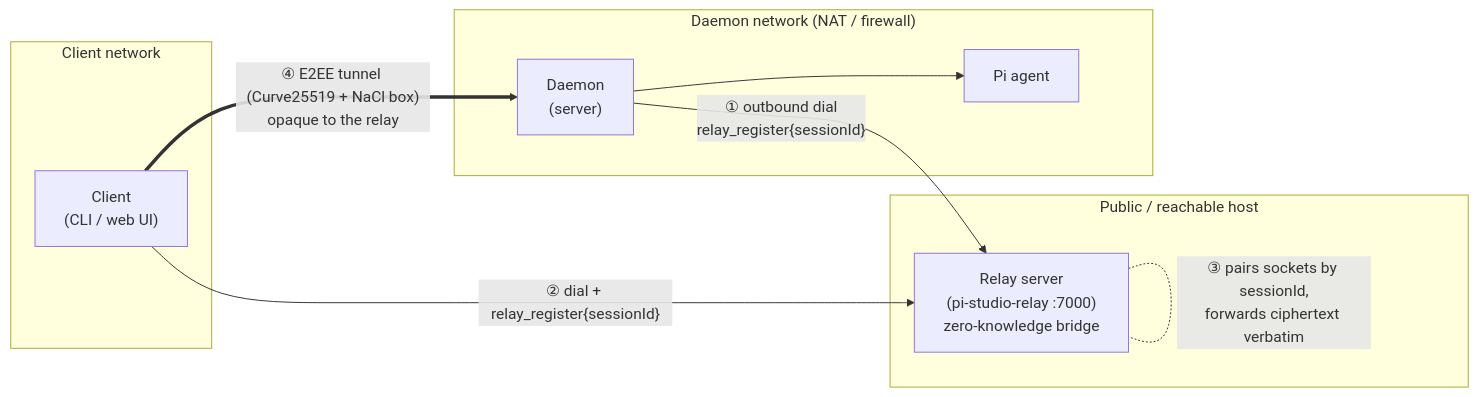
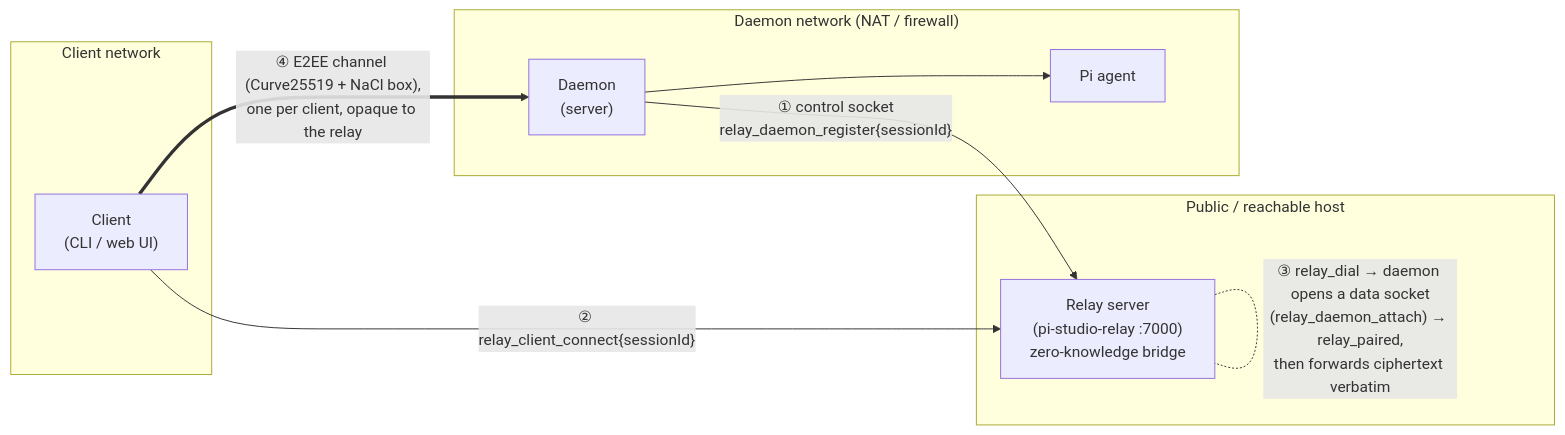
The second of 2 diagrams in README.md (avatsaev/pi-studio), drawn with Mermaid before and after one commit. The commit also changed other lines of this file and 56 other files, not shown here.

````diff
--- a/README.md
+++ b/README.md
@@ -144,19 +146,19 @@
 ```mermaid
 graph LR
   subgraph client_net["Client network"]
     C["Client<br/>(CLI / web UI)"]
   end
   subgraph public["Public / reachable host"]
     R["Relay server<br/>(pi-studio-relay :7000)<br/>zero-knowledge bridge"]
   end
   subgraph daemon_net["Daemon network (NAT / firewall)"]
     D["Daemon<br/>(server)"]
     A["Pi agent"]
   end
 
-  D -- "① outbound dial<br/>relay_register{sessionId}" --> R
-  C -- "② dial + relay_register{sessionId}" --> R
-  R -. "③ pairs sockets by sessionId,<br/>forwards ciphertext verbatim" .- R
-  C == "④ E2EE tunnel (Curve25519 + NaCl box)<br/>opaque to the relay" ==> D
+  D -- "① control socket<br/>relay_daemon_register{sessionId}" --> R
+  C -- "② relay_client_connect{sessionId}" --> R
+  R -. "③ relay_dial → daemon opens a data socket<br/>(relay_daemon_attach) → relay_paired,<br/>then forwards ciphertext verbatim" .- R
+  C == "④ E2EE channel (Curve25519 + NaCl box),<br/>one per client, opaque to the relay" ==> D
   D --> A
 ```
````
